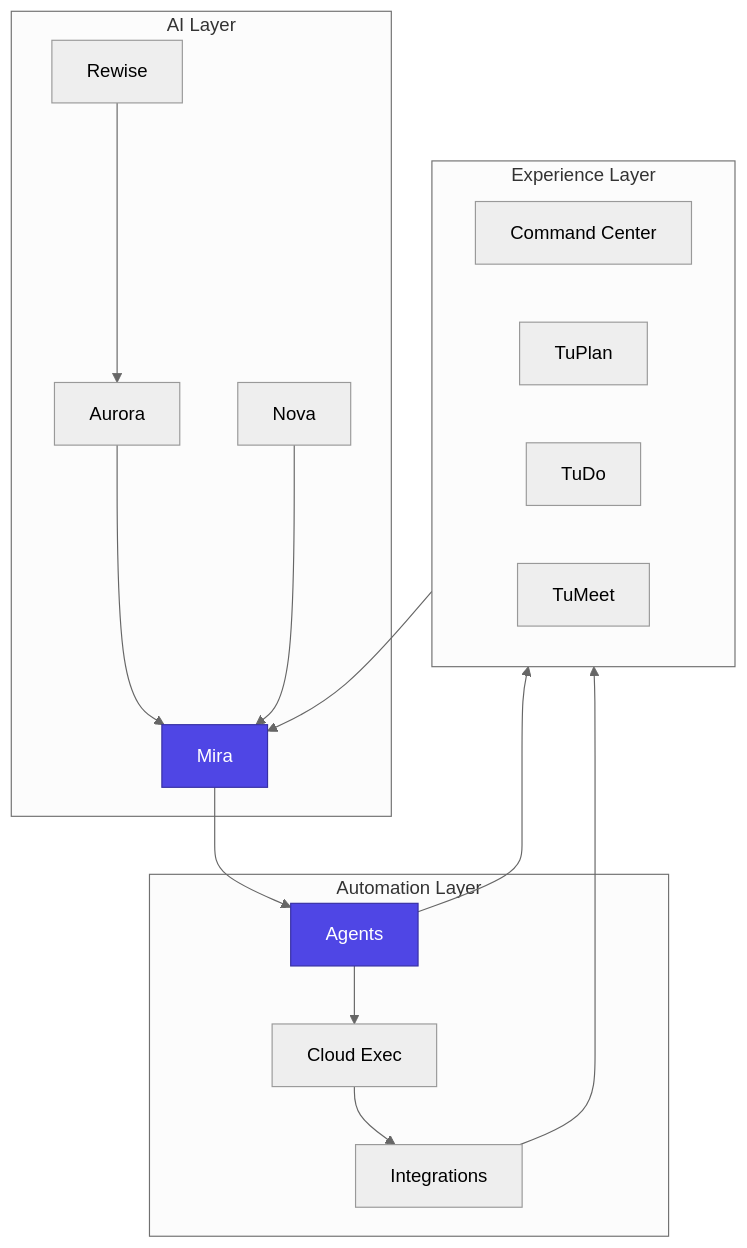
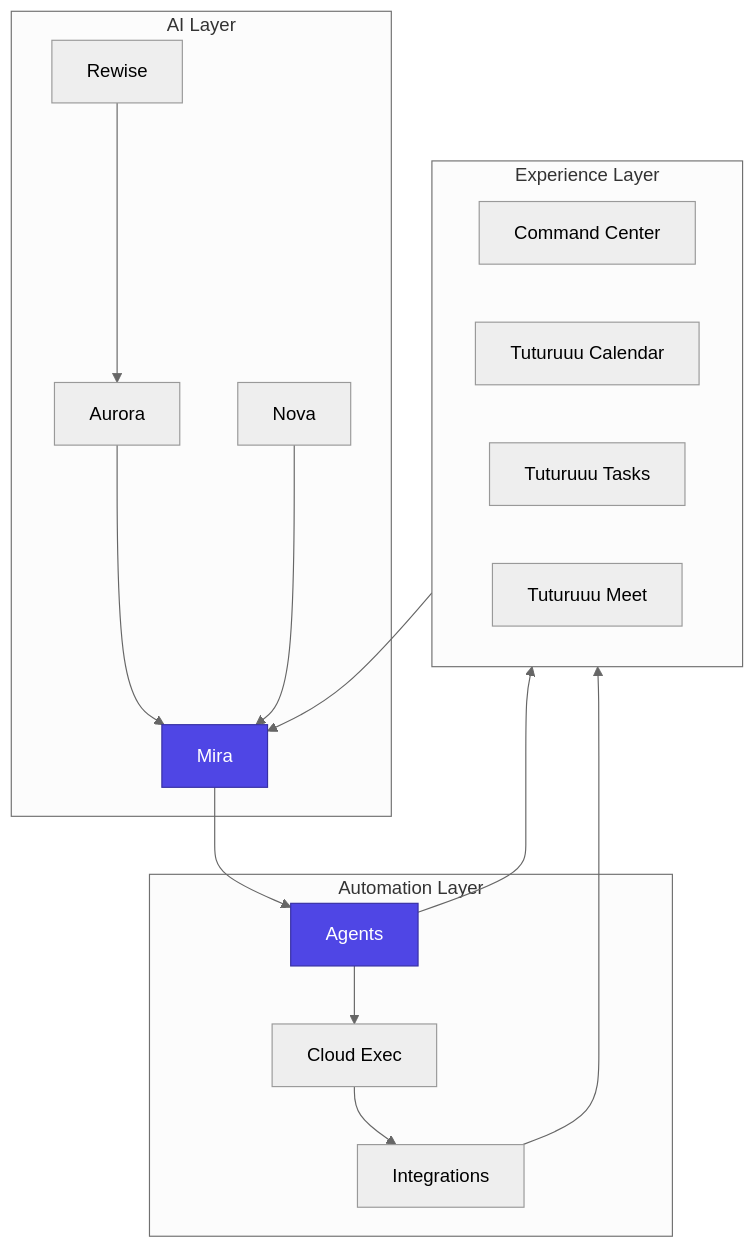
One commit to mad-code333/tuturu changed the diagram in apps/docs/platform/overview.mdx. Above: the diagram before and after it, drawn with Mermaid (neutral theme). The commit also changed other lines of this file and 592 other files, not shown here.

````diff
--- a/apps/docs/platform/overview.mdx
+++ b/apps/docs/platform/overview.mdx
@@ -20,35 +20,35 @@
 ```mermaid
 graph TB
     subgraph Experience["Experience Layer"]
         CC["Command Center"]
-        TuPlan["TuPlan"]
-        TuDo["TuDo"]
-        TuMeet["TuMeet"]
+        TuPlan["Tuturuuu Calendar"]
+        TuDo["Tuturuuu Tasks"]
+        TuMeet["Tuturuuu Meet"]
     end
 
     subgraph AI["AI Layer"]
         Mira["Mira"]
         Aurora["Aurora"]
         Nova["Nova"]
         Rewise["Rewise"]
     end
 
     subgraph Auto["Automation Layer"]
         Agents["Agents"]
         Cloud["Cloud Exec"]
         Int["Integrations"]
     end
 
     Experience --> Mira
     Mira --> Agents
     Agents --> Experience
     Aurora --> Mira
     Nova --> Mira
     Rewise --> Aurora
     Agents --> Cloud
     Cloud --> Int
     Int --> Experience
 
     style Mira fill:#4f46e5,stroke:#3730a3,color:#fff
     style Agents fill:#4f46e5,stroke:#3730a3,color:#fff
 ```
````
